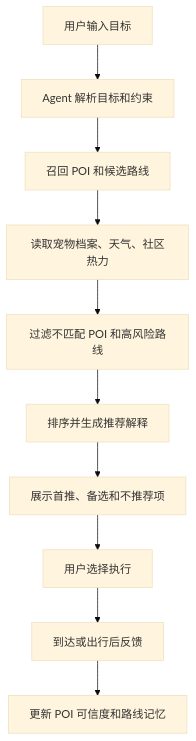
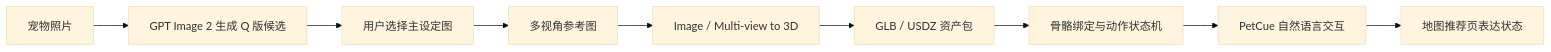
The fourth of 6 diagrams in docs/prd-pet-mobility-agent.md (1pitaph/PawPilot), drawn with Mermaid (base theme) before and after one commit. The commit also changed other lines of this file and 2 other files, not shown here.

````diff
--- a/docs/prd-pet-mobility-agent.md
+++ b/docs/prd-pet-mobility-agent.md
@@ -632,12 +448,11 @@
 ```{mermaid}
-flowchart TD
-    A[用户输入目标] --> B[Agent 解析目标和约束]
-    B --> C[召回 POI 和候选路线]
-    C --> D[读取宠物档案、天气、社区热力]
-    D --> E[过滤不匹配 POI 和高风险路线]
-    E --> F[排序并生成推荐解释]
-    F --> G[展示首推、备选和不推荐项]
-    G --> H[用户选择执行]
-    H --> I[到达或出行后反馈]
-    I --> J[更新 POI 可信度和路线记忆]
+flowchart LR
+    A[宠物照片] --> B[GPT Image 2 生成 Q 版候选]
+    B --> C[用户选择主设定图]
+    C --> D[多视角参考图]
+    D --> E[Image / Multi-view to 3D]
+    E --> F[GLB / USDZ 资产包]
+    F --> G[骨骼绑定与动作状态机]
+    G --> H[PetCue 自然语言交互]
+    H --> I[地图推荐页表达状态]
 ```
````
